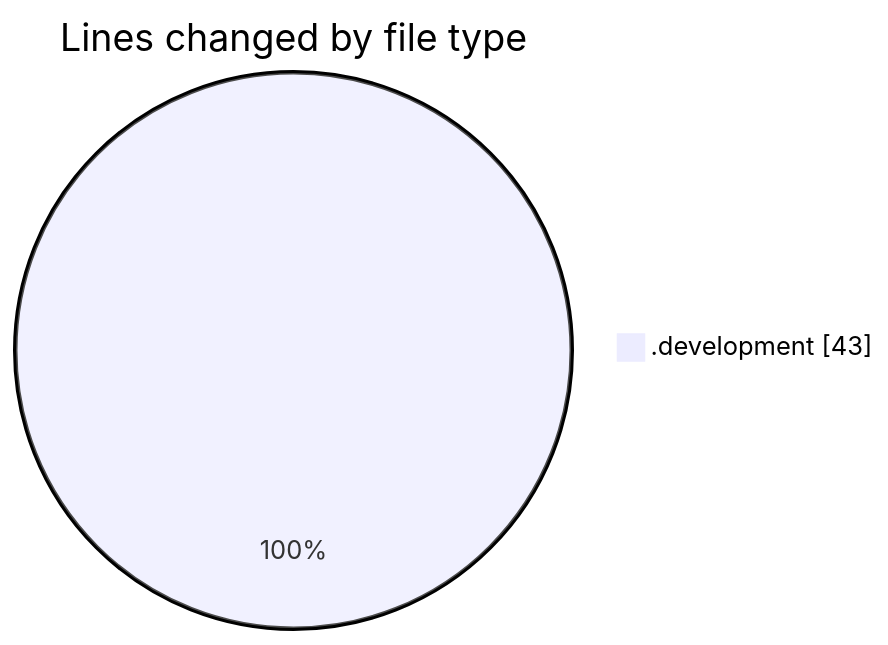
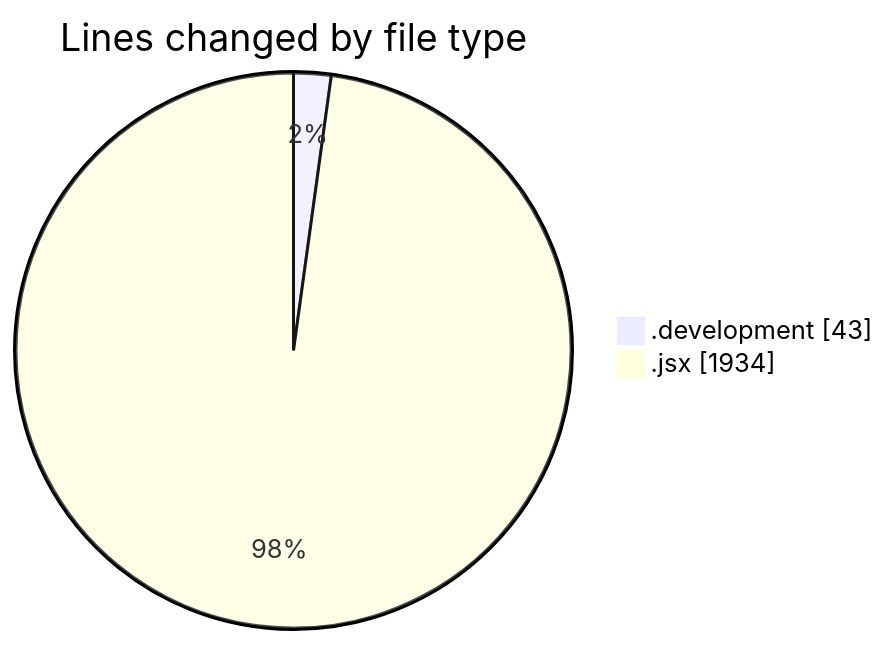
Before and after one commit to nxtqubesakshisongat/code-tracking: the first of 2 diagrams in 2025-11-11/argos/README.md, drawn with Mermaid. The commit also changed other lines of this file and 1 other file, not shown here.

````diff
--- a/2025-11-11/argos/README.md
+++ b/2025-11-11/argos/README.md
@@ -21,5 +23,6 @@
 ```mermaid
 pie showData
 title Lines changed by file type
 ".development" : 43
+".jsx" : 1934
 ```
````
